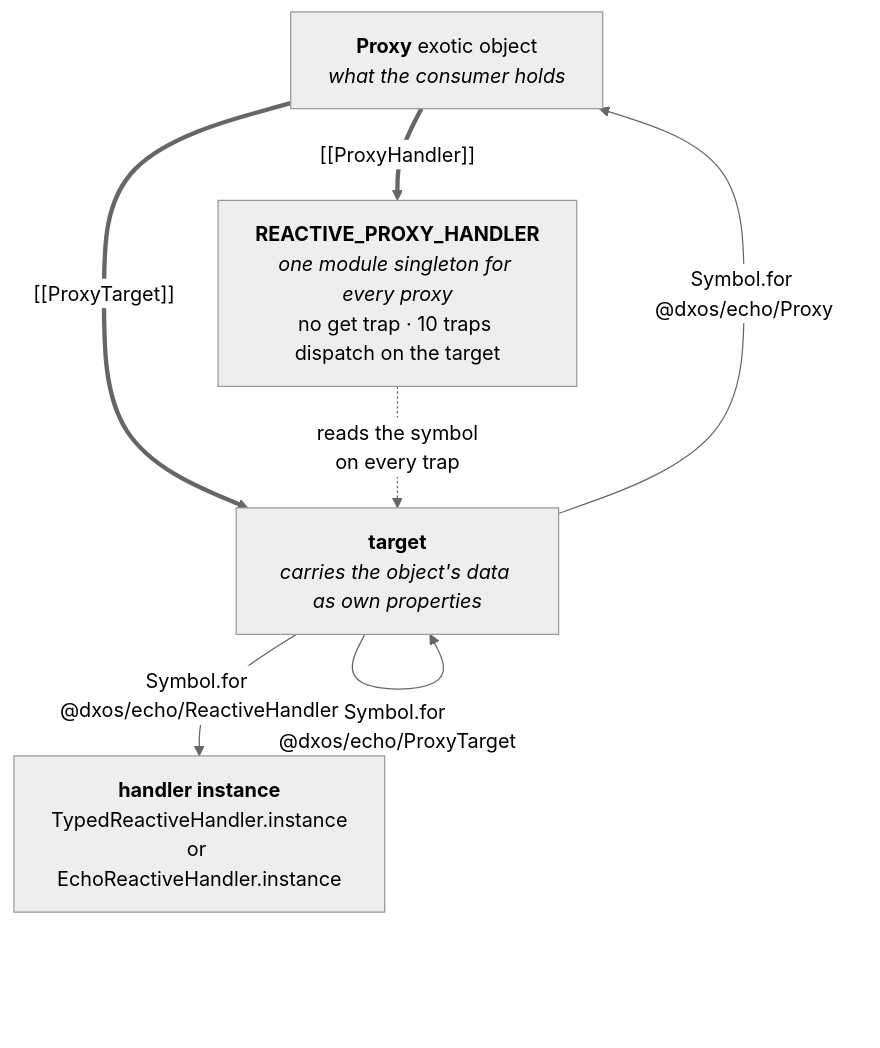
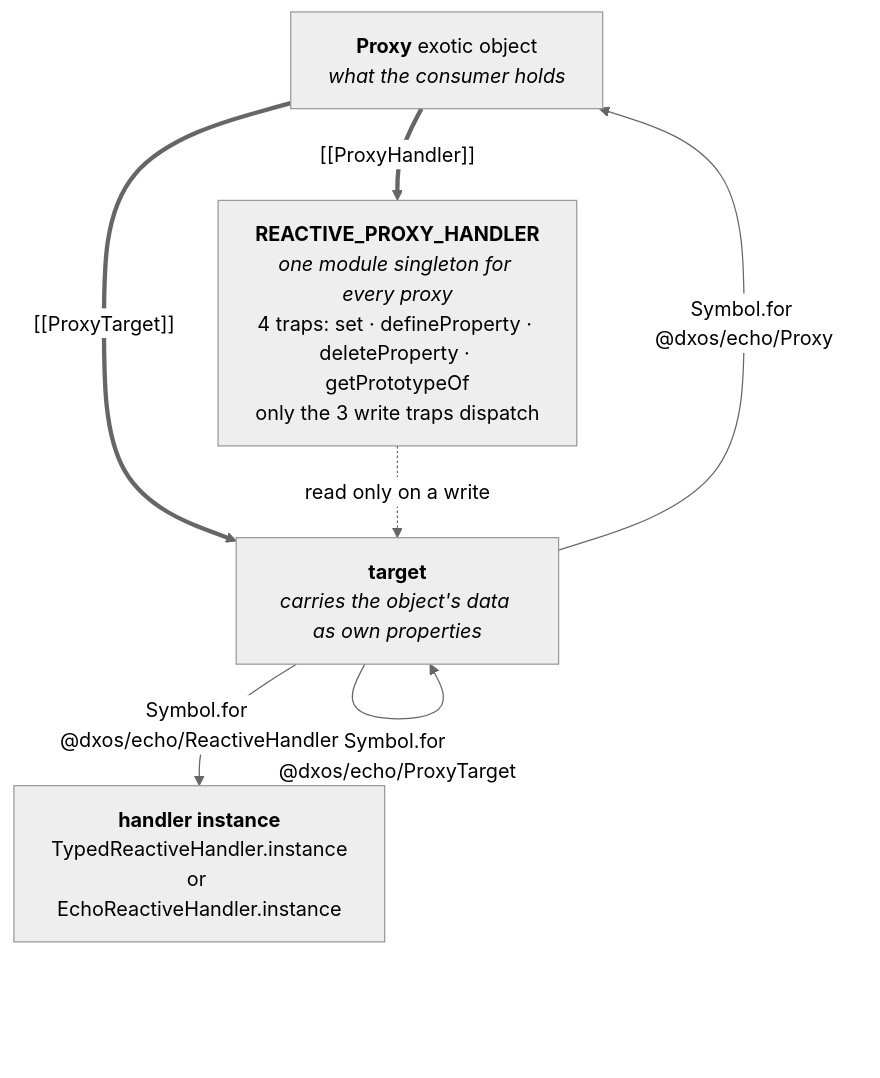
The first of 5 diagrams in .agents/projects/echo-plain-objects/OBJECT-LAYOUT.md (dxos/dxos), drawn with Mermaid (neutral theme) before and after one commit. The commit also changed other lines of this file, not shown here.

First line of the commit message:
echo-plain-objects: bring the layout diagrams up to date

````diff
--- a/.agents/projects/echo-plain-objects/OBJECT-LAYOUT.md
+++ b/.agents/projects/echo-plain-objects/OBJECT-LAYOUT.md
@@ -15,14 +16,14 @@
 ```mermaid
 graph TD
   P["<b>Proxy</b> exotic object<br/><i>what the consumer holds</i>"]
-  H["<b>REACTIVE_PROXY_HANDLER</b><br/><i>one module singleton for every proxy</i><br/>no get trap · 10 traps dispatch on the target"]
+  H["<b>REACTIVE_PROXY_HANDLER</b><br/><i>one module singleton for every proxy</i><br/>4 traps: set · defineProperty · deleteProperty · getPrototypeOf<br/>only the 3 write traps dispatch"]
   T["<b>target</b><br/><i>carries the object's data as own properties</i>"]
   HANDLER["<b>handler instance</b><br/>TypedReactiveHandler.instance<br/>or EchoReactiveHandler.instance"]
 
   P ==>|"[[ProxyTarget]]"| T
   P ==>|"[[ProxyHandler]]"| H
   T -->|"Symbol.for @dxos/echo/Proxy"| P
   T -->|"Symbol.for @dxos/echo/ProxyTarget"| T
   T -->|"Symbol.for @dxos/echo/ReactiveHandler"| HANDLER
-  H -.->|"reads the symbol<br/>on every trap"| T
+  H -.->|"read only on a write"| T
 ```
````
